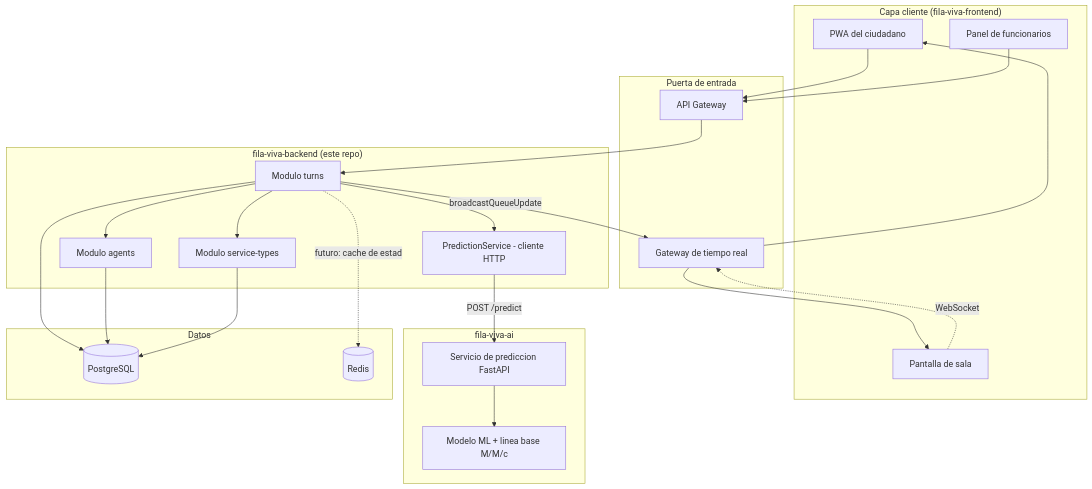
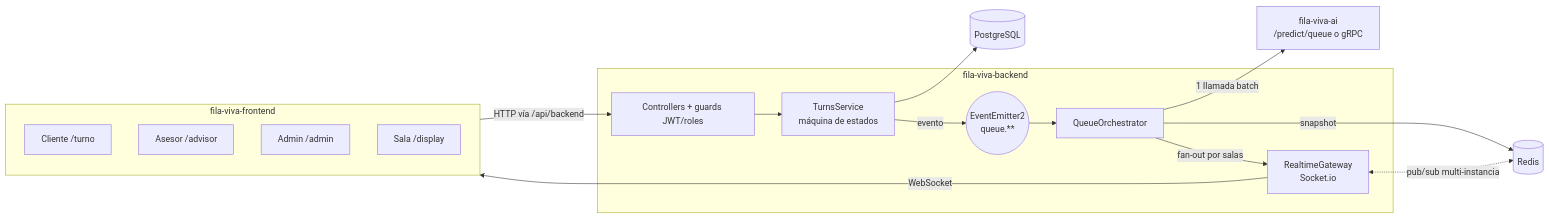
One commit to JuanMaya8/fila-viva-backend changed the diagram in README.md. Above: the diagram before and after it, drawn with Mermaid. The commit also changed other lines of this file, not shown here.

Commit message:
docs: document architecture, setup, contracts and current state

````diff
--- a/README.md
+++ b/README.md
@@ -54,43 +17,26 @@
 ```mermaid
-flowchart TD
-    subgraph Cliente["Capa cliente (fila-viva-frontend)"]
-        PWA[PWA del ciudadano]
-        Kiosco[Pantalla de sala]
-        Panel[Panel de funcionarios]
+flowchart LR
+    subgraph FE[fila-viva-frontend]
+      C[Cliente /turno]
+      A[Asesor /advisor]
+      M[Admin /admin]
+      D[Sala /display]
     end
+    subgraph BE[fila-viva-backend]
+      API[Controllers + guards JWT/roles]
+      T[TurnsService<br/>máquina de estados]
+      EV((EventEmitter2<br/>queue.**))
+      O[QueueOrchestrator]
+      GW[RealtimeGateway<br/>Socket.io]
+    end
+    AI[fila-viva-ai<br/>/predict/queue o gRPC]
+    PG[(PostgreSQL)]
+    RD[(Redis)]
 
-    subgraph Entrada["Puerta de entrada"]
-        GW[API Gateway]
-        WS[Gateway de tiempo real]
-    end
-
-    subgraph Backend["fila-viva-backend (este repo)"]
-        Turnos[Modulo turns]
-        Agentes[Modulo agents]
-        Tipos[Modulo service-types]
-        PredClient[PredictionService - cliente HTTP]
-    end
-
-    subgraph IA["fila-viva-ai"]
-        Pred[Servicio de prediccion FastAPI]
-        Modelo[Modelo ML + linea base M/M/c]
-    end
-
-    subgraph Datos["Datos"]
-        PG[(PostgreSQL)]
-        Redis[(Redis)]
-    end
-
-    PWA --> GW --> Turnos
-    Kiosco -.WebSocket.-> WS
-    Panel --> GW
-    Turnos --> Agentes
-    Turnos --> Tipos
-    Turnos --> PG
-    Agentes --> PG
-    Tipos --> PG
-    Turnos --> PredClient -->|POST /predict| Pred --> Modelo
-    Turnos -->|broadcastQueueUpdate| WS --> Kiosco
-    WS --> PWA
-    Turnos -.futuro: cache de estado.-> Redis
+    FE -- HTTP vía /api/backend --> API --> T --> PG
+    T -- evento --> EV --> O
+    O -- 1 llamada batch --> AI
+    O -- snapshot --> RD
+    O -- fan-out por salas --> GW -- WebSocket --> FE
+    GW <-. pub/sub multi-instancia .-> RD
 ```
````
